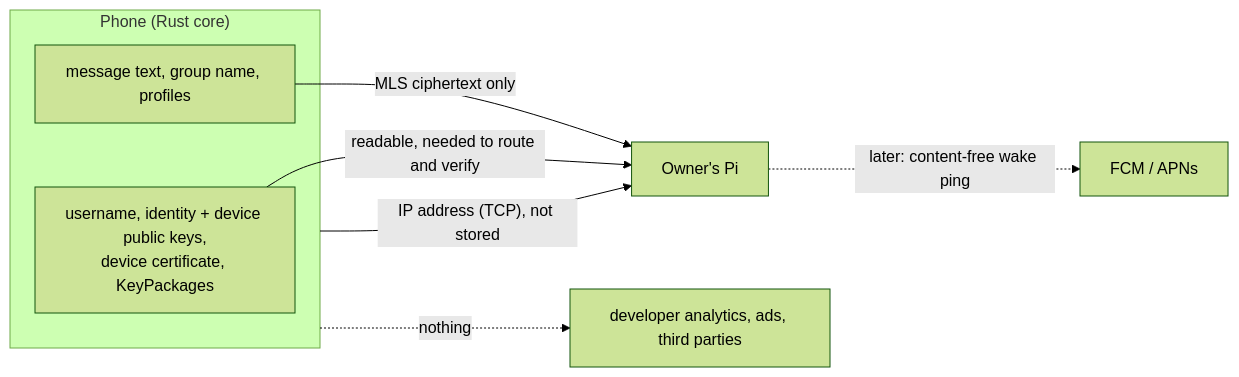
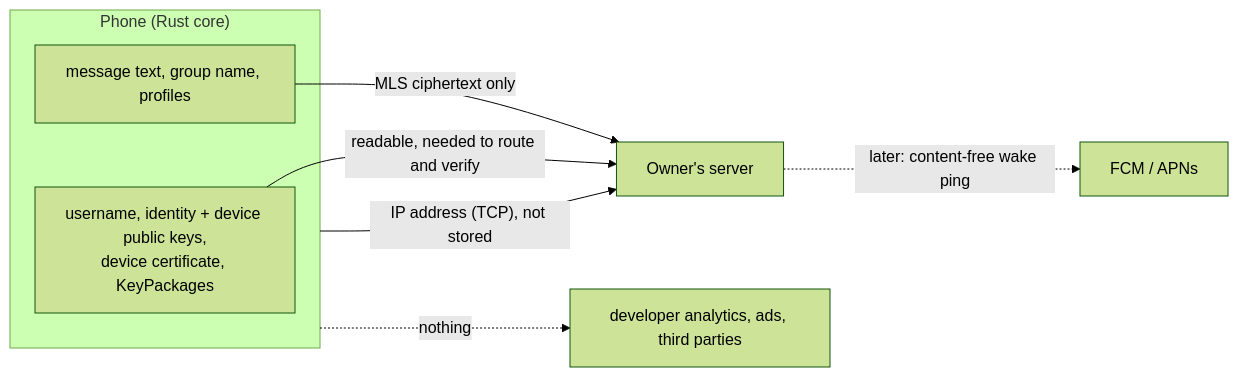
The second of 3 diagrams in openspec/changes/app-release/design.md (koppathachan/vyajena), drawn with Mermaid (forest theme) before and after one commit. The commit also changed other lines of this file and 437 other files, not shown here.

````diff
--- a/openspec/changes/app-release/design.md
+++ b/openspec/changes/app-release/design.md
@@ -297,12 +297,12 @@
 ```mermaid
 flowchart LR
   subgraph phone["Phone (Rust core)"]
     txt["message text, group name, profiles"]
     ids["username, identity + device public keys,<br/>device certificate, KeyPackages"]
   end
-  txt -->|"MLS ciphertext only"| pi["Owner's Pi"]
-  ids -->|"readable, needed to route and verify"| pi
-  phone -->|"IP address (TCP), not stored"| pi
-  pi -.->|"later: content-free wake ping"| push["FCM / APNs"]
+  txt -->|"MLS ciphertext only"| server["Owner's server"]
+  ids -->|"readable, needed to route and verify"| server
+  phone -->|"IP address (TCP), not stored"| server
+  server -.->|"later: content-free wake ping"| push["FCM / APNs"]
   phone -. "nothing" .-> x["developer analytics, ads, third parties"]
 ```
````
